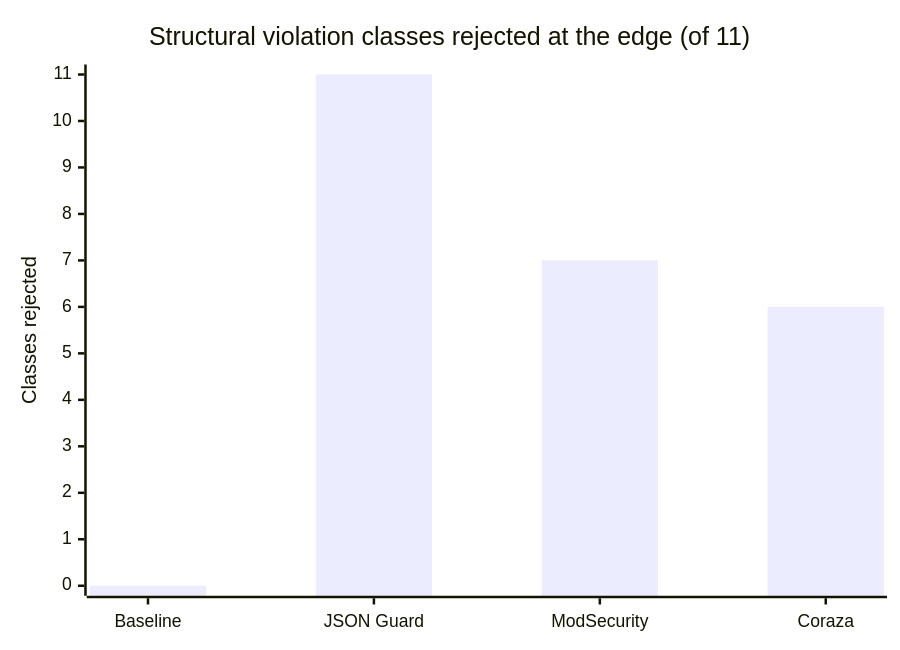
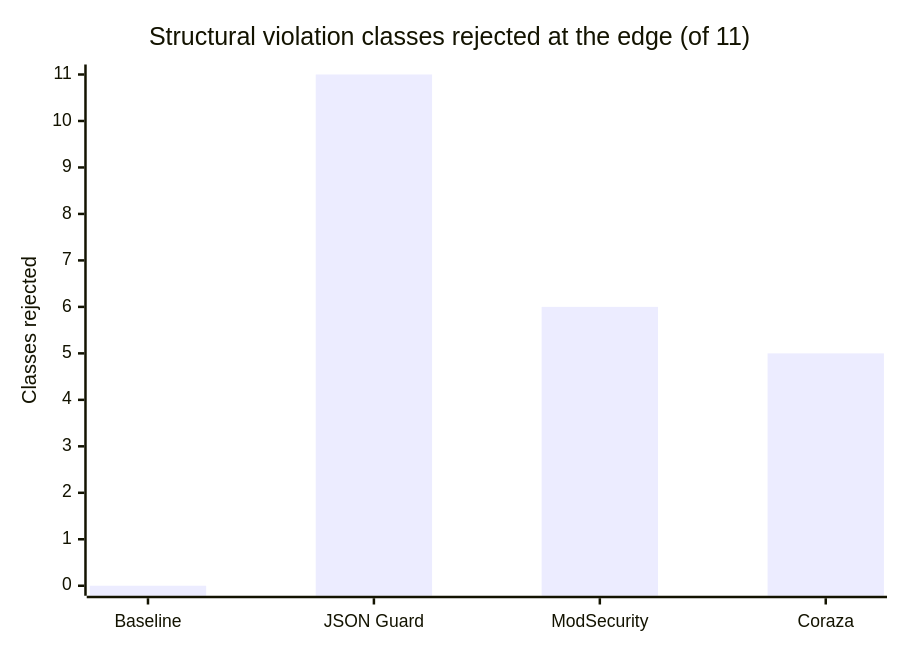
The fourth of 8 diagrams in DIAGRAMS.md (Vulcanite/ngx_json_guard), drawn with Mermaid before and after one commit.

Commit message:
docs: correct ModSecurity and Coraza class counts in DIAGRAMS.md (6 and 5 of 11)

````diff
--- a/DIAGRAMS.md
+++ b/DIAGRAMS.md
@@ -91,7 +91,7 @@
 ```mermaid
 xychart-beta
     title "Structural violation classes rejected at the edge (of 11)"
     x-axis ["Baseline", "JSON Guard", "ModSecurity", "Coraza"]
     y-axis "Classes rejected" 0 --> 11
-    bar [0, 11, 7, 6]
+    bar [0, 11, 6, 5]
 ```
````
